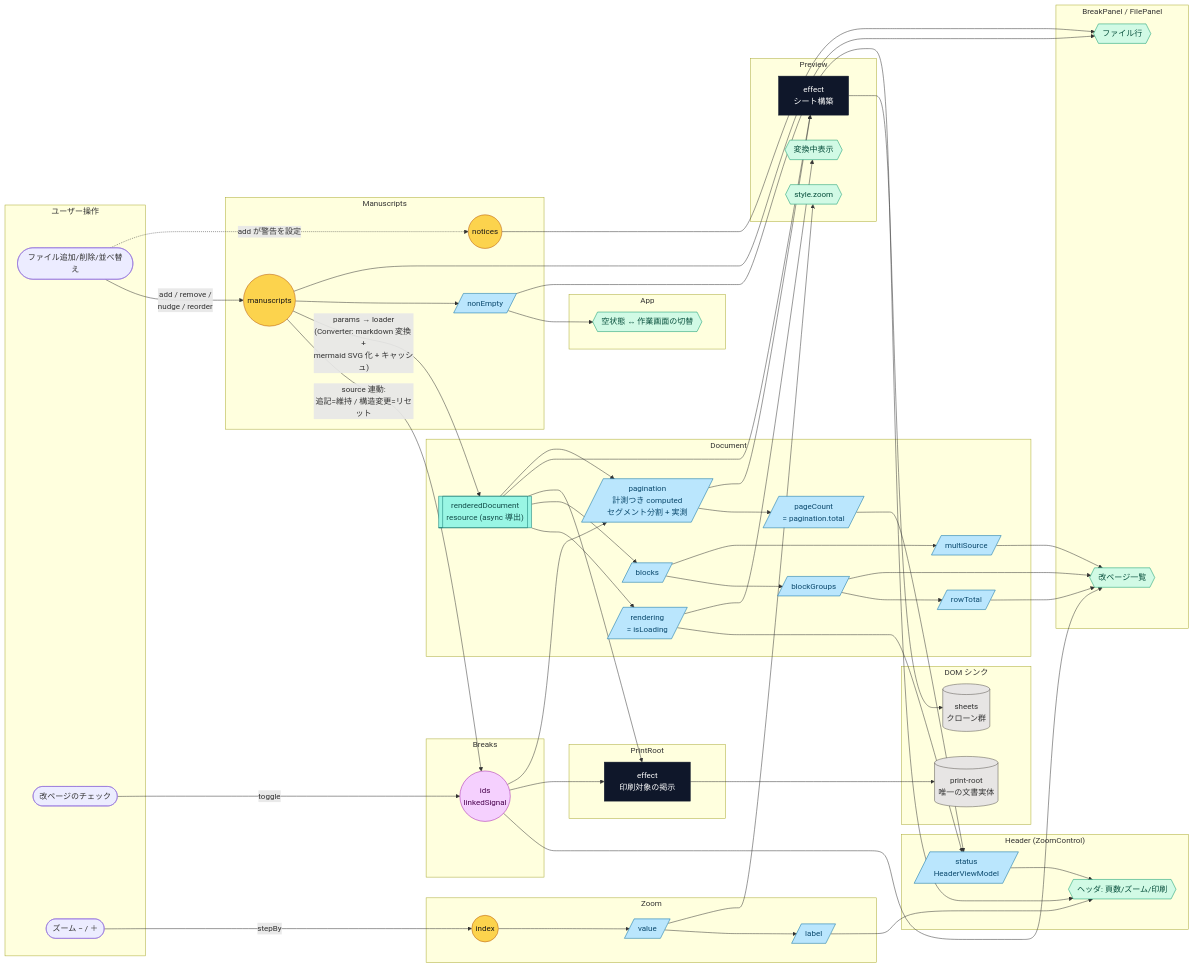
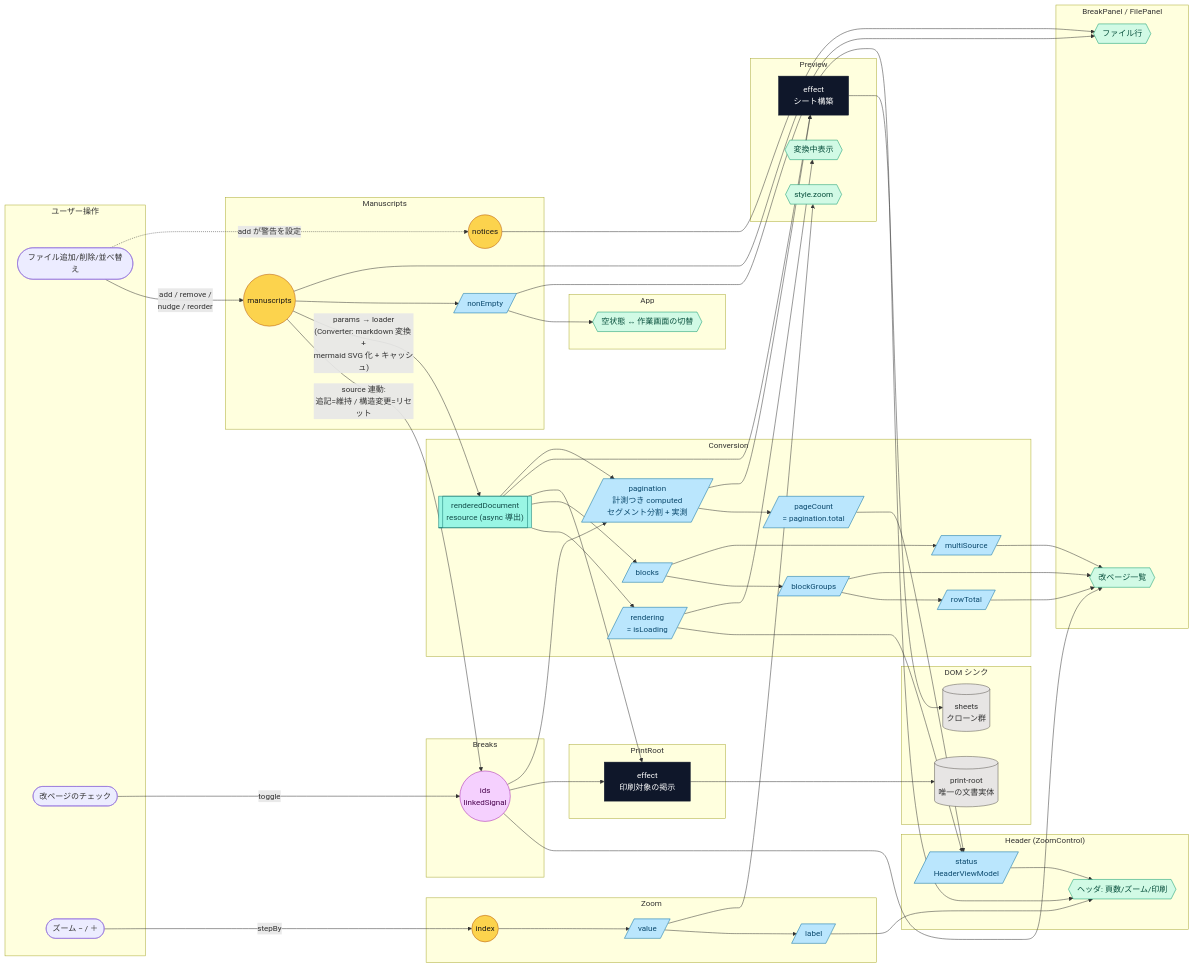
Before and after one commit to lacolaco/printmd: the diagram in docs/signal-graph.md, drawn with Mermaid. The commit also changed other lines of this file and 10 other files, not shown here.

First line of the commit message:
refactor: 組み込み型と衝突する Document サービスを Conversion に改名する (#55)

```diff
--- a/docs/signal-graph.md
+++ b/docs/signal-graph.md
@@ -27,7 +27,7 @@
     S2((ids<br/>linkedSignal))
   end
 
-  subgraph DocumentS["Document"]
+  subgraph ConversionS["Conversion"]
     S4[["renderedDocument<br/>resource (async 導出)"]]
     S3[/rendering<br/>= isLoading/]
     C2[/blocks/]
```
